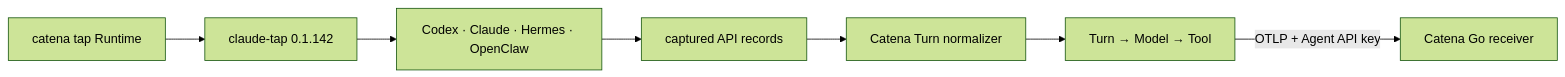
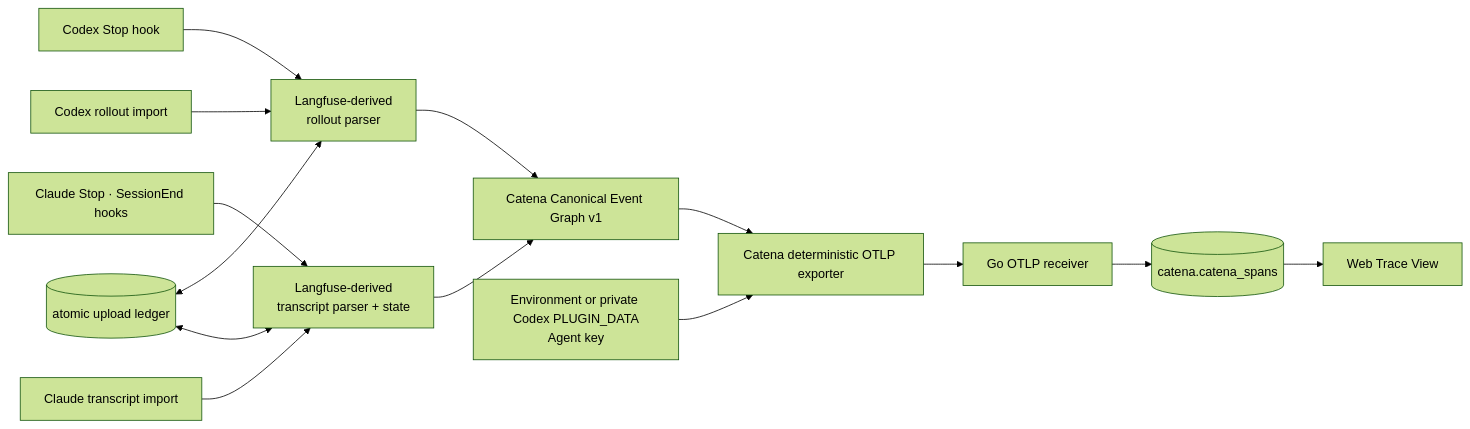
Before and after one commit to fightheyyy/CATENA: the first of 2 diagrams in tap/SPEC.md, drawn with Mermaid (forest theme). The commit also changed other lines of this file and 113 other files, not shown here.

````diff
--- a/tap/SPEC.md
+++ b/tap/SPEC.md
@@ -32,9 +32,16 @@
 ```mermaid
 flowchart LR
-    User["catena tap Runtime"] --> Capture["claude-tap 0.1.142"]
-    Capture --> Runtime["Codex · Claude · Hermes · OpenClaw"]
-    Runtime --> Record["captured API records"]
-    Record --> Normalize["Catena Turn normalizer"]
-    Normalize --> Trace["Turn → Model → Tool"]
-    Trace -->|"OTLP + Agent API key"| Cloud["Catena Go receiver"]
+    CodexLive["Codex Stop hook"] --> CodexParser["Langfuse-derived<br/>rollout parser"]
+    CodexHistory["Codex rollout import"] --> CodexParser
+    ClaudeLive["Claude Stop · SessionEnd hooks"] --> ClaudeParser["Langfuse-derived<br/>transcript parser + state"]
+    ClaudeHistory["Claude transcript import"] --> ClaudeParser
+    CodexParser --> Graph["Catena Canonical Event Graph v1"]
+    ClaudeParser --> Graph
+    Graph --> Exporter["Catena deterministic OTLP exporter"]
+    Credential["Environment or private Codex PLUGIN_DATA<br/>Agent key"] --> Exporter
+    Exporter --> Receiver["Go OTLP receiver"]
+    Receiver --> ClickHouse[("catena.catena_spans")]
+    ClickHouse --> Web["Web Trace View"]
+    Ledger[("atomic upload ledger")] <--> CodexParser
+    Ledger <--> ClaudeParser
 ```
````
